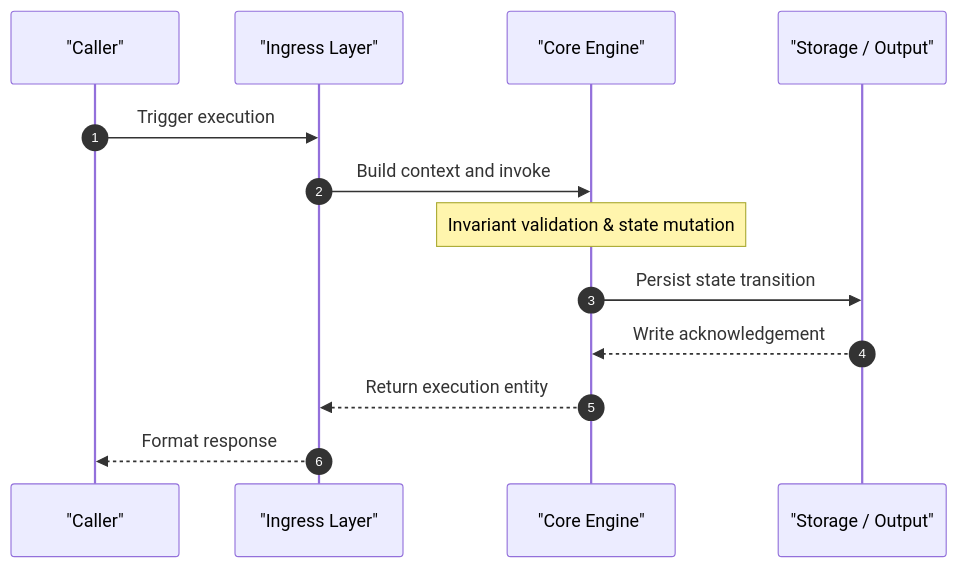
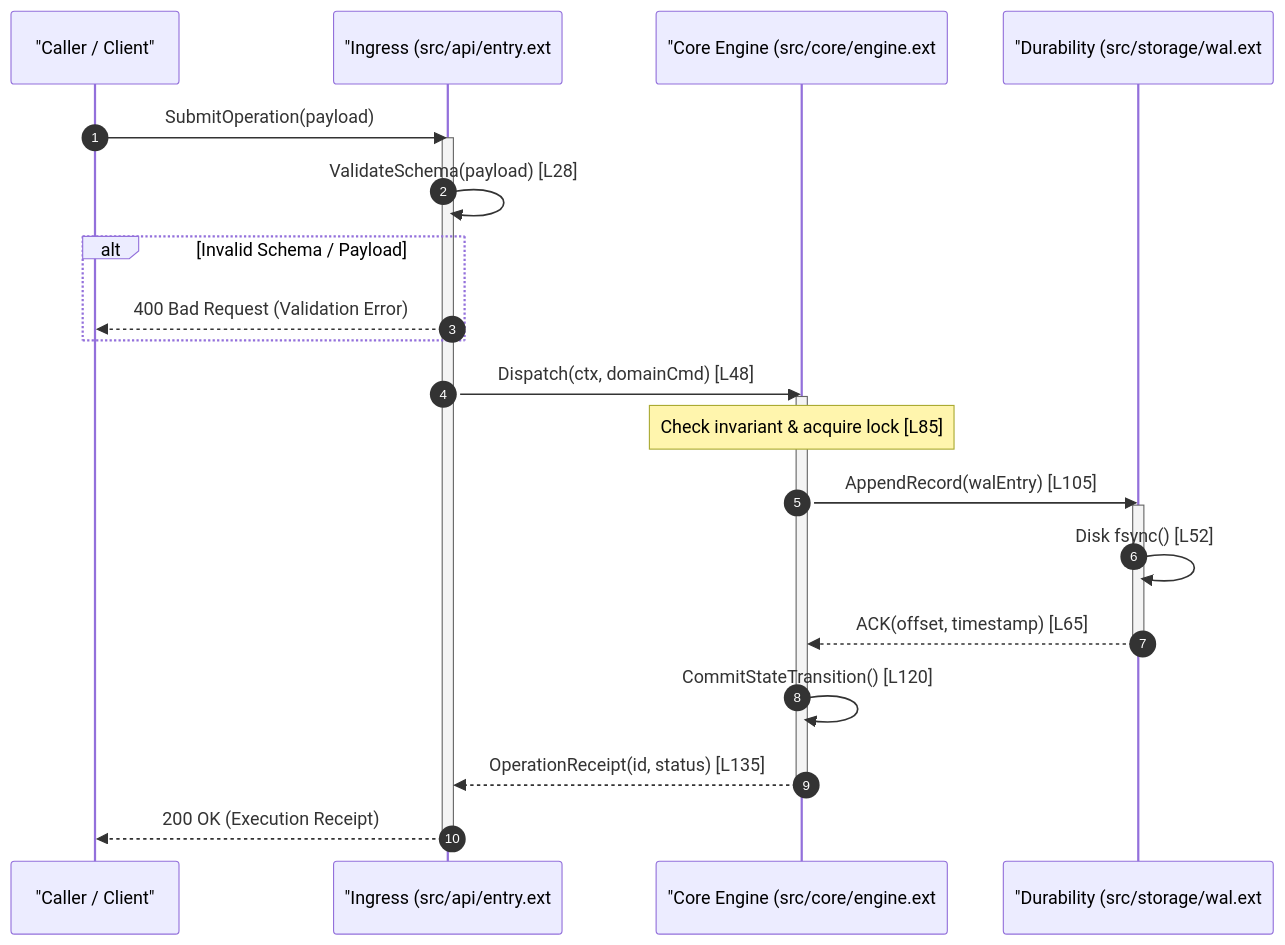
The second of 3 diagrams in templates/ARCHITECTURE.md (Asstar-X/repo-mentor), drawn with Mermaid before and after one commit. The commit also changed other lines of this file and 68 other files, not shown here.

````diff
--- a/templates/ARCHITECTURE.md
+++ b/templates/ARCHITECTURE.md
@@ -40,16 +65,28 @@
 ```mermaid
 sequenceDiagram
     autonumber
-    participant Caller as "Caller"
-    participant In as "Ingress Layer"
-    participant Engine as "Core Engine"
-    participant Out as "Storage / Output"
+    participant Caller as "Caller / Client"
+    participant Ingress as "Ingress (src/api/entry.ext#L20-L55)"
+    participant Engine as "Core Engine (src/core/engine.ext#L70-L140)"
+    participant Storage as "Durability (src/storage/wal.ext#L35-L90)"
 
-    Caller->>In: Trigger execution
-    In->>Engine: Build context and invoke
-    Note over Engine: Invariant validation & state mutation
-    Engine->>Out: Persist state transition
-    Out-->>Engine: Write acknowledgement
-    Engine-->>In: Return execution entity
-    In-->>Caller: Format response
+    Caller->>Ingress: SubmitOperation(payload)
+    activate Ingress
+    Ingress->>Ingress: ValidateSchema(payload) [L28]
+    alt Invalid Schema / Payload
+        Ingress-->>Caller: 400 Bad Request (Validation Error)
+    end
+    Ingress->>Engine: Dispatch(ctx, domainCmd) [L48]
+    activate Engine
+    Note over Engine: Check invariant & acquire lock [L85]
+    Engine->>Storage: AppendRecord(walEntry) [L105]
+    activate Storage
+    Storage->>Storage: Disk fsync() [L52]
+    Storage-->>Engine: ACK(offset, timestamp) [L65]
+    deactivate Storage
+    Engine->>Engine: CommitStateTransition() [L120]
+    Engine-->>Ingress: OperationReceipt(id, status) [L135]
+    deactivate Engine
+    Ingress-->>Caller: 200 OK (Execution Receipt)
+    deactivate Ingress
 ```
````
